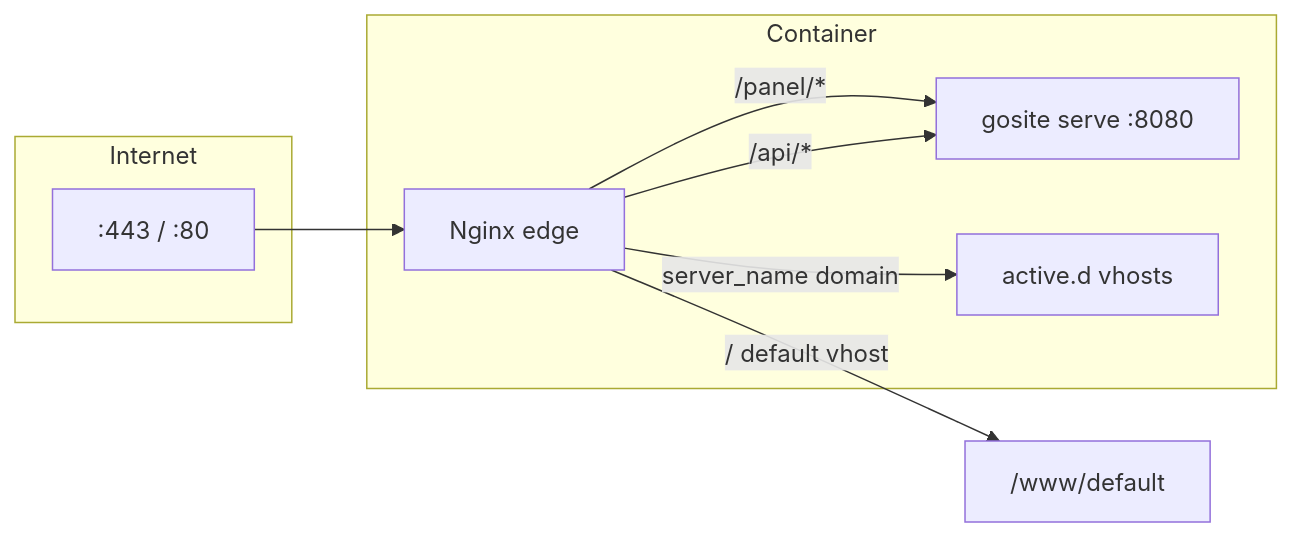
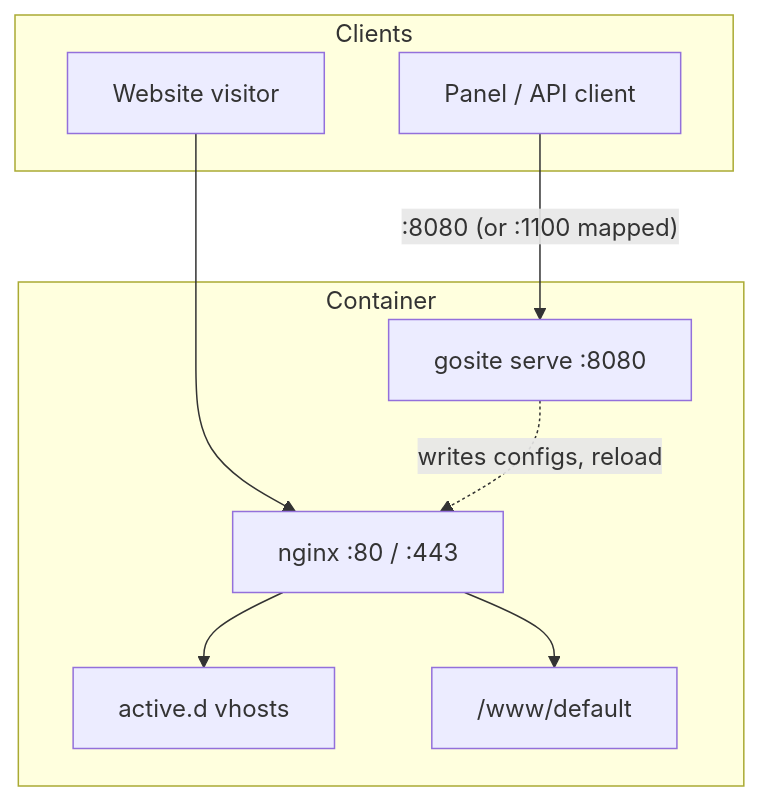
One commit to jahrulnr/GoSite changed the diagram in docs/sequences/02-tls-proxy.md. Above: the diagram before and after it, drawn with Mermaid. The commit also changed other lines of this file and 11 other files, not shown here.

First line of the commit message:
docs: fix traffic model — panel :8080 parallel to nginx websites

````diff
--- a/docs/sequences/02-tls-proxy.md
+++ b/docs/sequences/02-tls-proxy.md
@@ -7,18 +9,20 @@
 ```mermaid
-flowchart LR
-    subgraph Internet
-        P443[":443 / :80"]
+flowchart TB
+    subgraph Clients
+        Panel["Panel / API client"]
+        Visitor["Website visitor"]
     end
 
     subgraph Container
-        NGX[Nginx edge]
         APP["gosite serve :8080"]
+        NGX["nginx :80 / :443"]
         VHOST["active.d vhosts"]
+        WWW["/www/default"]
     end
 
-    P443 --> NGX
-    NGX -->|"/panel/*"| APP
-    NGX -->|"/api/*"| APP
-    NGX -->|server_name domain| VHOST
-    NGX -->|"/ default vhost"| WWW["/www/default"]
+    Panel -->|":8080 (or :1100 mapped)"| APP
+    Visitor --> NGX
+    NGX --> VHOST
+    NGX --> WWW
+    APP -.->|"writes configs, reload"| NGX
 ```
````
